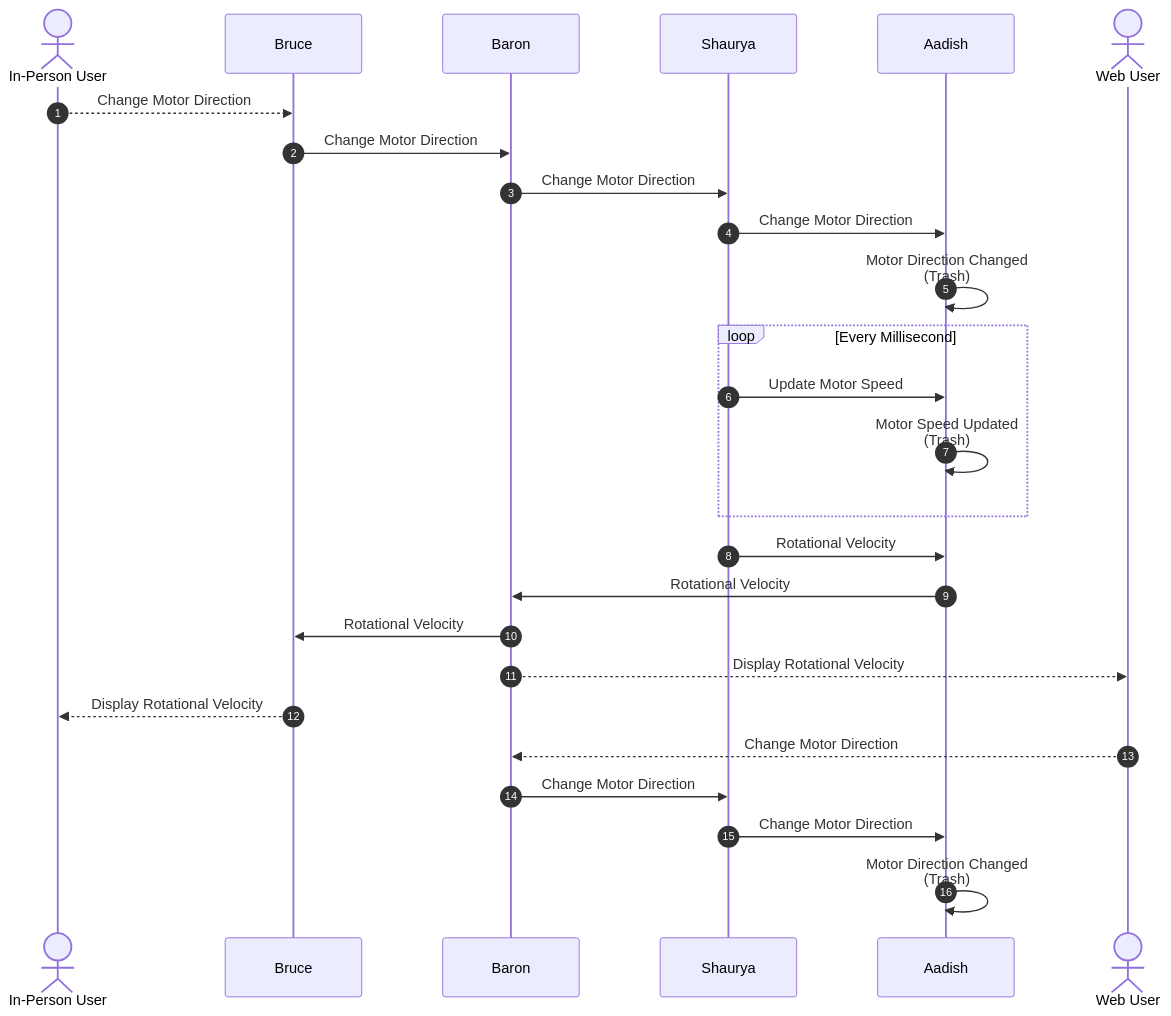
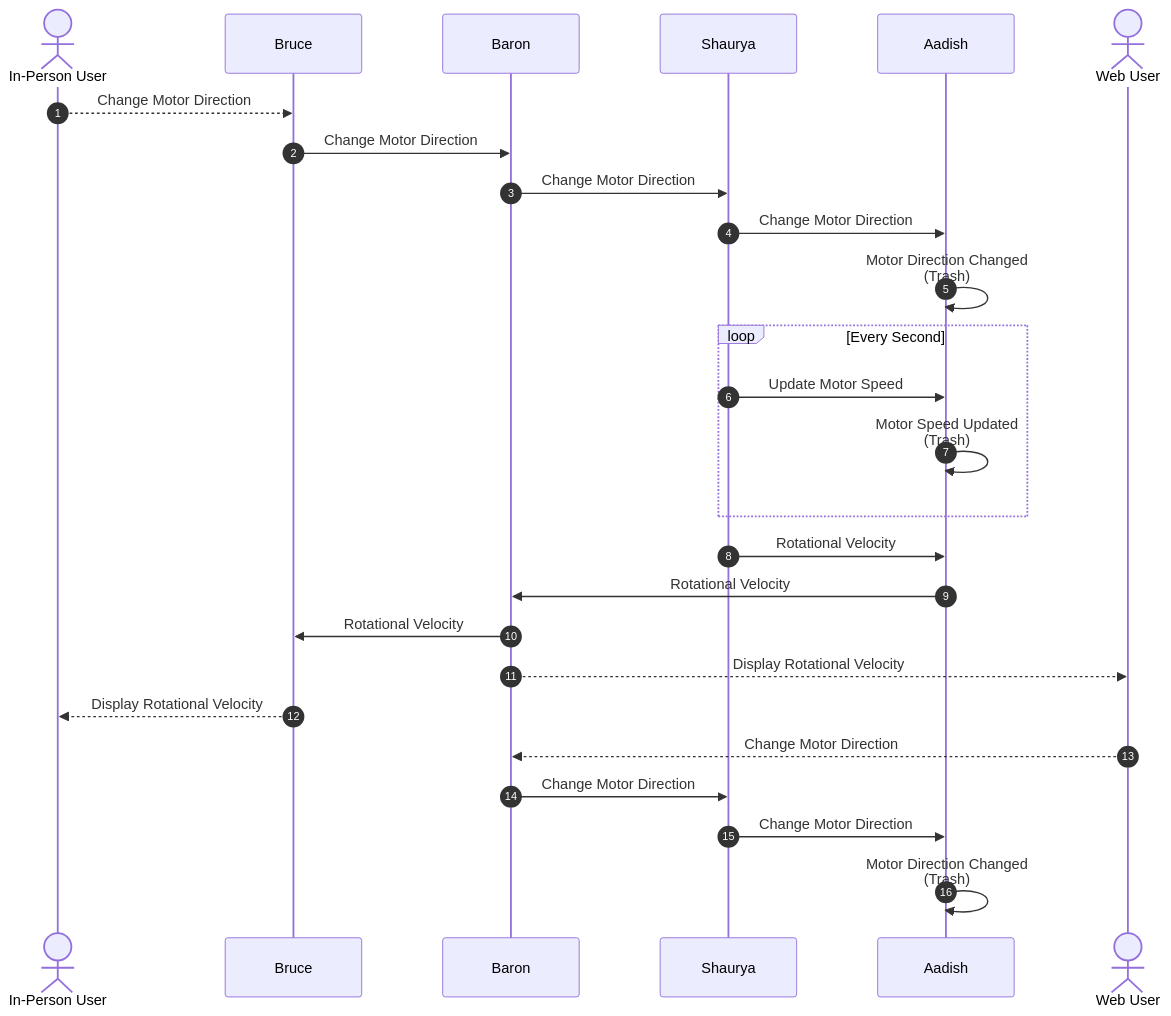
One commit to EGR314-2025-S-309B/EGR314-2025-S-309B.github.io changed the diagram in docs/Block-Process-Diagrams-Message-Structure.md. Above: the diagram before and after it, drawn with Mermaid.

````diff
--- a/docs/Block-Process-Diagrams-Message-Structure.md
+++ b/docs/Block-Process-Diagrams-Message-Structure.md
@@ -17,25 +17,25 @@
 ``` mermaid
 sequenceDiagram
 autonumber
 actor In-Person User
 In-Person User-->>Bruce: Change Motor Direction
 Bruce->>Baron: Change Motor Direction
 Baron->>Shaurya: Change Motor Direction
 Shaurya->>Aadish: Change Motor Direction
 Aadish->>Aadish: Motor Direction Changed<br>(Trash)
-loop Every Millisecond
+loop Every Second
   Shaurya->>Aadish: Update Motor Speed
   Aadish->>Aadish: Motor Speed Updated<br>(Trash)
 end
 Shaurya->>Aadish: Rotational Velocity
 Aadish->>Baron: Rotational Velocity
 Baron->>Bruce: Rotational Velocity
 actor Web User
 Baron-->>Web User: Display Rotational Velocity
 Bruce-->>In-Person User: Display Rotational Velocity
 actor Web User
 Web User-->>Baron: Change Motor Direction
 Baron->>Shaurya: Change Motor Direction
 Shaurya->>Aadish: Change Motor Direction
 Aadish->>Aadish: Motor Direction Changed<br>(Trash)
 ```
````
